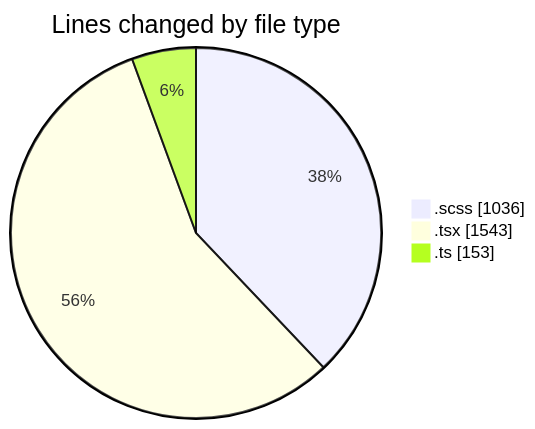
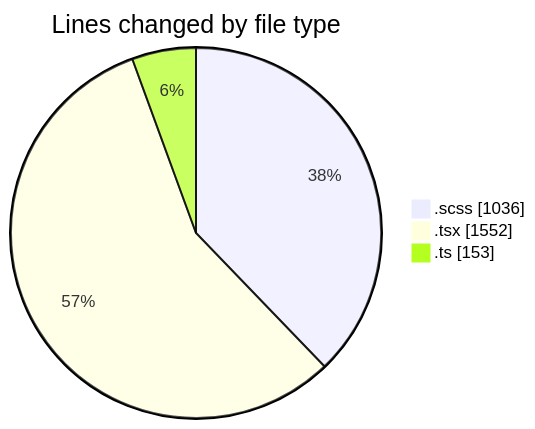
One commit to momahboobian/code-tracking changed the first of 2 diagrams in 2025-03-28/cda/README.md. Above: the diagram before and after it, drawn with Mermaid. The commit also changed other lines of this file and 1 other file, not shown here.

````diff
--- a/2025-03-28/cda/README.md
+++ b/2025-03-28/cda/README.md
@@ -27,7 +27,7 @@
 ```mermaid
 pie showData
 title Lines changed by file type
 ".scss" : 1036
-".tsx" : 1543
+".tsx" : 1552
 ".ts" : 153
 ```
````
